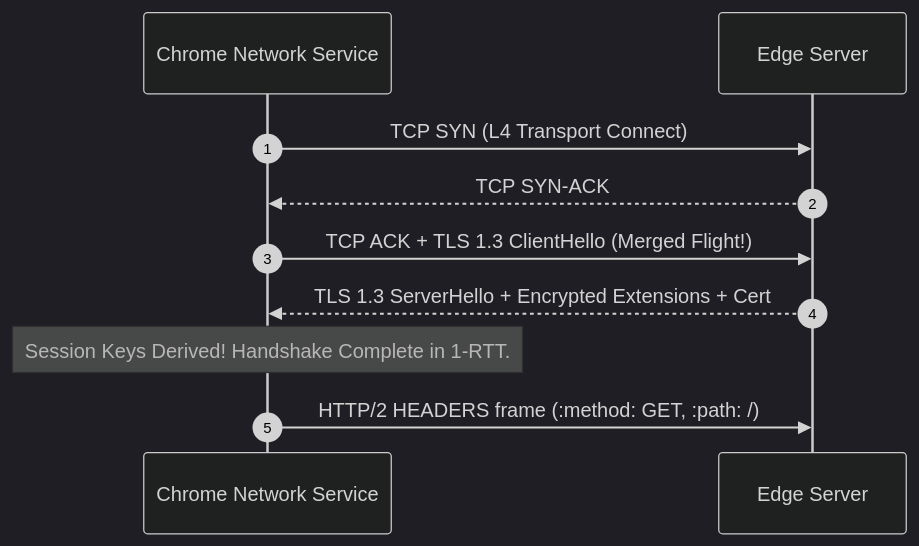
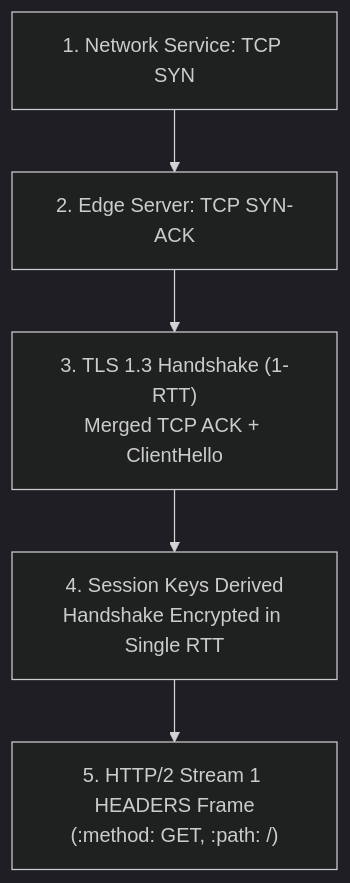
Before and after one commit to naimurhasan/naimurhasan.github.io: the third of 4 diagrams in _posts/2026-08-27-what-happens-after-you-enter-a-url-in-chrome.md, drawn with Mermaid (dark theme). The commit also changed other lines of this file and 28 other files, not shown here.

Commit message:
fix(blog): refactor all Mermaid diagrams to vertical legible layouts and restore in-body illustrations

````diff
--- a/_posts/2026-08-27-what-happens-after-you-enter-a-url-in-chrome.md
+++ b/_posts/2026-08-27-what-happens-after-you-enter-a-url-in-chrome.md
@@ -65,13 +60,7 @@
 ```mermaid
-sequenceDiagram
-  autonumber
-  participant Chrome as Chrome Network Service
-  participant Server as Edge Server
-
-  Chrome->>Server: TCP SYN (L4 Transport Connect)
-  Server-->>Chrome: TCP SYN-ACK
-  Chrome->>Server: TCP ACK + TLS 1.3 ClientHello (Merged Flight!)
-  Server-->>Chrome: TLS 1.3 ServerHello + Encrypted Extensions + Cert
-  Note over Chrome: Session Keys Derived! Handshake Complete in 1-RTT.
-  Chrome->>Server: HTTP/2 HEADERS frame (:method: GET, :path: /)
+flowchart TD
+  Chrome["1. Network Service: TCP SYN"] --> Server["2. Edge Server: TCP SYN-ACK"]
+  Server --> Handshake["3. TLS 1.3 Handshake (1-RTT)<br/>Merged TCP ACK + ClientHello"]
+  Handshake --> Derive["4. Session Keys Derived<br/>Handshake Encrypted in Single RTT"]
+  Derive --> HTTP2["5. HTTP/2 Stream 1 HEADERS Frame<br/>(:method: GET, :path: /)"]
 ```
````
